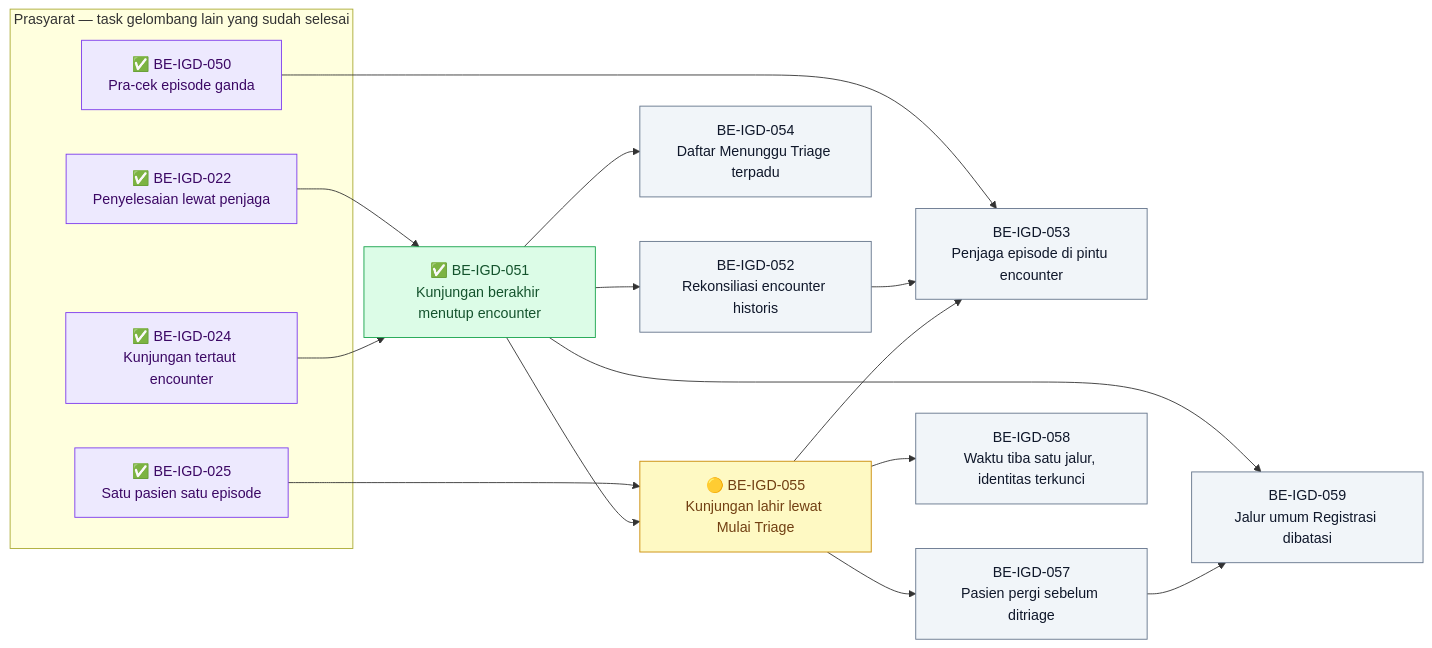
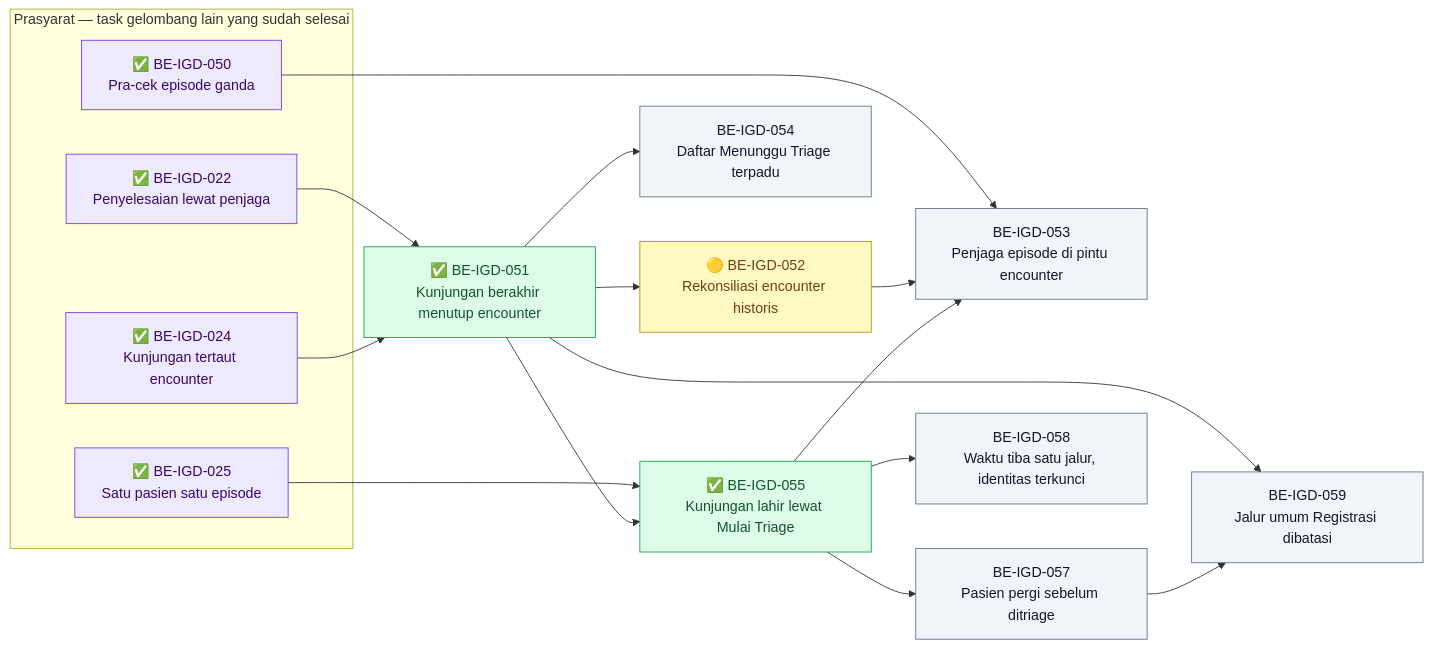
The tenth of 11 diagrams in docs/module-blueprints/igd/roadmap/backend-roadmap.md (DevBenari/NewQuilvianSystemBackend), drawn with Mermaid before and after one commit. The commit also changed other lines of this file and 14 other files, not shown here.

````diff
--- a/docs/module-blueprints/igd/roadmap/backend-roadmap.md
+++ b/docs/module-blueprints/igd/roadmap/backend-roadmap.md
@@ -1979,38 +1979,38 @@
 ```mermaid
 flowchart LR
     classDef selesai fill:#DCFCE7,stroke:#16A34A,color:#14532D
     classDef sebagian fill:#FEF9C3,stroke:#CA8A04,color:#713F12
     classDef terblokir fill:#FEE2E2,stroke:#DC2626,color:#7F1D1D
     classDef belum fill:#F1F5F9,stroke:#64748B,color:#0F172A
     classDef luar fill:#EDE9FE,stroke:#7C3AED,color:#3B0764
 
     subgraph prasyarat["Prasyarat — task gelombang lain yang sudah selesai"]
         BEIGD022["✅ BE-IGD-022<br/>Penyelesaian lewat penjaga"]:::luar
         BEIGD024["✅ BE-IGD-024<br/>Kunjungan tertaut encounter"]:::luar
         BEIGD025["✅ BE-IGD-025<br/>Satu pasien satu episode"]:::luar
         BEIGD050["✅ BE-IGD-050<br/>Pra-cek episode ganda"]:::luar
     end
 
     BEIGD051["✅ BE-IGD-051<br/>Kunjungan berakhir menutup encounter"]:::selesai
-    BEIGD052["BE-IGD-052<br/>Rekonsiliasi encounter historis"]:::belum
+    BEIGD052["🟡 BE-IGD-052<br/>Rekonsiliasi encounter historis"]:::sebagian
     BEIGD054["BE-IGD-054<br/>Daftar Menunggu Triage terpadu"]:::belum
-    BEIGD055["🟡 BE-IGD-055<br/>Kunjungan lahir lewat Mulai Triage"]:::sebagian
+    BEIGD055["✅ BE-IGD-055<br/>Kunjungan lahir lewat Mulai Triage"]:::selesai
     BEIGD053["BE-IGD-053<br/>Penjaga episode di pintu encounter"]:::belum
     BEIGD057["BE-IGD-057<br/>Pasien pergi sebelum ditriage"]:::belum
     BEIGD058["BE-IGD-058<br/>Waktu tiba satu jalur, identitas terkunci"]:::belum
     BEIGD059["BE-IGD-059<br/>Jalur umum Registrasi dibatasi"]:::belum
 
     BEIGD022 --> BEIGD051
     BEIGD024 --> BEIGD051
     BEIGD051 --> BEIGD052
     BEIGD051 --> BEIGD054
     BEIGD025 --> BEIGD055
     BEIGD051 --> BEIGD055
     BEIGD050 --> BEIGD053
     BEIGD052 --> BEIGD053
     BEIGD055 --> BEIGD053
     BEIGD055 --> BEIGD057
     BEIGD055 --> BEIGD058
     BEIGD051 --> BEIGD059
     BEIGD057 --> BEIGD059
 ```
````
